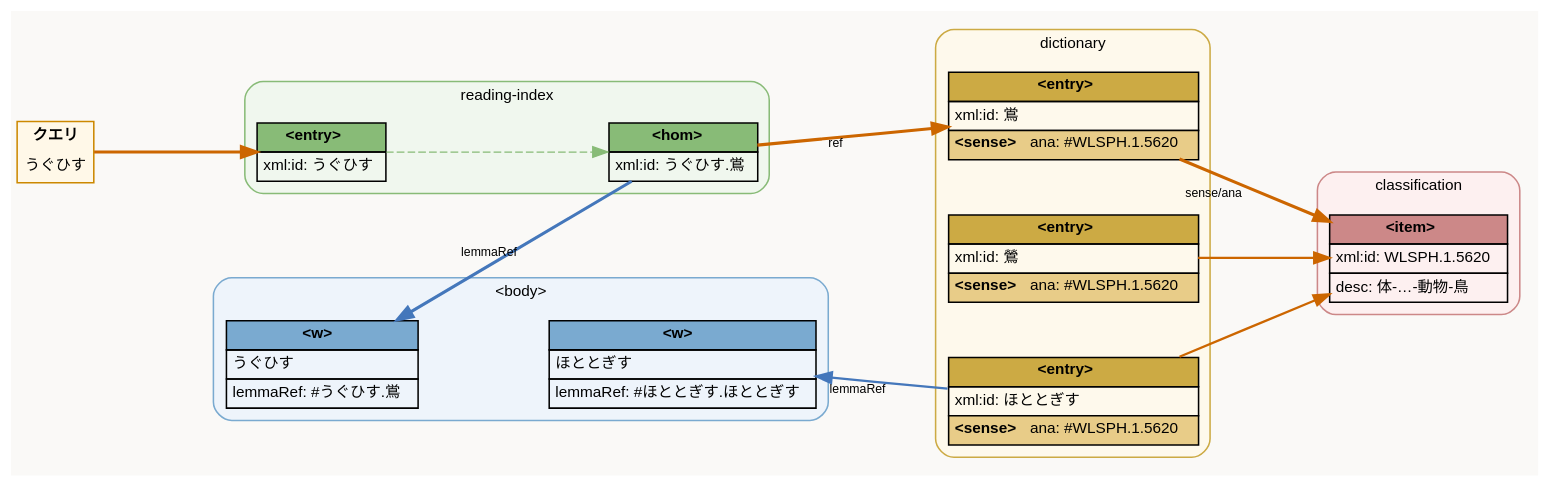
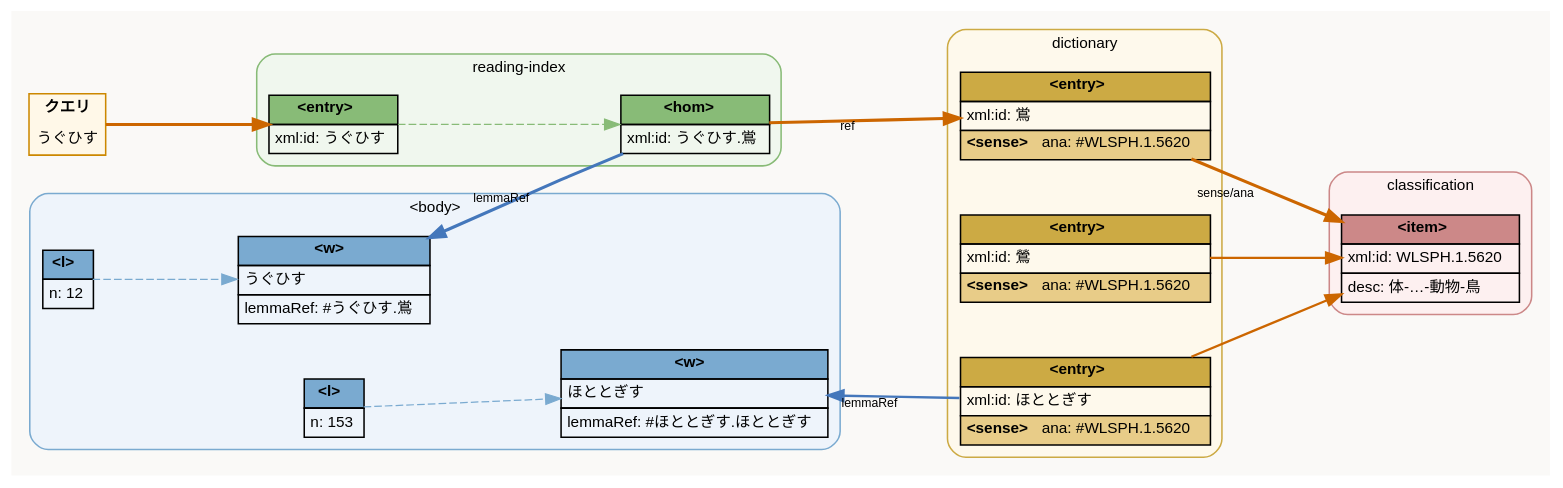
Before and after one commit to idiig/kokin-tei-merge: the diagram in docs/search-ex1.dot, drawn with Graphviz. The commit also changed 1 other file, not shown here.

```diff
--- a/docs/search-ex1.dot
+++ b/docs/search-ex1.dot
@@ -1,116 +1,129 @@
 digraph search_uguisu {
   graph [
     rankdir=LR
     fontname="Helvetica"
     bgcolor="#faf9f7"
     splines=polyline
     nodesep=0.5
     ranksep=1.2
     newrank=true
   ]
   node [fontname="Helvetica" fontsize=10 shape=plain]
   edge [fontname="Helvetica" fontsize=8 color="#aaaaaa" penwidth=0.8]
 
   /* ── query input ── */
   query [label=<<TABLE BORDER="1" CELLBORDER="0" CELLSPACING="0" CELLPADDING="4" BGCOLOR="#fff8e8" COLOR="#cc8800">
     <TR><TD><B>クエリ</B></TD></TR>
     <TR><TD>うぐひす</TD></TR>
   </TABLE>>]
 
   /* ── reading-index ── */
   subgraph cluster_ri {
     label="reading-index"
     style="filled,rounded"
     fillcolor="#f0f7ee"
     color="#88bb77"
     fontname="Helvetica"
     fontsize=10
 
     ri_e [label=<<TABLE BORDER="0" CELLBORDER="1" CELLSPACING="0" CELLPADDING="3">
       <TR><TD BGCOLOR="#88bb77"><B>&lt;entry&gt;</B></TD></TR>
       <TR><TD ALIGN="LEFT">xml:id: うぐひす</TD></TR>
     </TABLE>>]
 
     hom1 [label=<<TABLE BORDER="0" CELLBORDER="1" CELLSPACING="0" CELLPADDING="3">
       <TR><TD BGCOLOR="#88bb77"><B>&lt;hom&gt;</B></TD></TR>
       <TR><TD ALIGN="LEFT">xml:id: うぐひす.鴬</TD></TR>
     </TABLE>>]
 
     ri_e -> hom1 [style=dashed color="#88bb77"]
   }
 
   /* ── dictionary ── */
   subgraph cluster_dict {
     label="dictionary"
     style="filled,rounded"
     fillcolor="#fef9ec"
     color="#ccaa44"
     fontname="Helvetica"
     fontsize=10
 
     e1 [label=<<TABLE BORDER="0" CELLBORDER="1" CELLSPACING="0" CELLPADDING="3">
       <TR><TD BGCOLOR="#ccaa44"><B>&lt;entry&gt;</B></TD></TR>
       <TR><TD ALIGN="LEFT">xml:id: 鴬</TD></TR>
       <TR><TD BGCOLOR="#e8cc88" ALIGN="LEFT"><B>&lt;sense&gt;</B> ana: #WLSPH.1.5620</TD></TR>
     </TABLE>>]
 
     e2 [label=<<TABLE BORDER="0" CELLBORDER="1" CELLSPACING="0" CELLPADDING="3">
       <TR><TD BGCOLOR="#ccaa44"><B>&lt;entry&gt;</B></TD></TR>
       <TR><TD ALIGN="LEFT">xml:id: 鶯</TD></TR>
       <TR><TD BGCOLOR="#e8cc88" ALIGN="LEFT"><B>&lt;sense&gt;</B> ana: #WLSPH.1.5620</TD></TR>
     </TABLE>>]
 
     e3 [label=<<TABLE BORDER="0" CELLBORDER="1" CELLSPACING="0" CELLPADDING="3">
       <TR><TD BGCOLOR="#ccaa44"><B>&lt;entry&gt;</B></TD></TR>
       <TR><TD ALIGN="LEFT">xml:id: ほととぎす</TD></TR>
       <TR><TD BGCOLOR="#e8cc88" ALIGN="LEFT"><B>&lt;sense&gt;</B> ana: #WLSPH.1.5620</TD></TR>
     </TABLE>>]
   }
 
   /* ── classification ── */
   subgraph cluster_cls {
     label="classification"
     style="filled,rounded"
     fillcolor="#fdf0f0"
     color="#cc8888"
     fontname="Helvetica"
     fontsize=10
 
     wlsph [label=<<TABLE BORDER="0" CELLBORDER="1" CELLSPACING="0" CELLPADDING="3">
       <TR><TD BGCOLOR="#cc8888"><B>&lt;item&gt;</B></TD></TR>
       <TR><TD ALIGN="LEFT">xml:id: WLSPH.1.5620</TD></TR>
       <TR><TD ALIGN="LEFT">desc: 体-…-動物-鳥</TD></TR>
     </TABLE>>]
   }
 
   /* ── body ── */
   subgraph cluster_body {
     label="&lt;body&gt;"
     style="filled,rounded"
     fillcolor="#eef4fb"
     color="#7aaad0"
     fontname="Helvetica"
     fontsize=10
 
+    l1 [label=<<TABLE BORDER="0" CELLBORDER="1" CELLSPACING="0" CELLPADDING="3">
+      <TR><TD BGCOLOR="#7aaad0"><B>&lt;l&gt;</B></TD></TR>
+      <TR><TD ALIGN="LEFT">n: 12</TD></TR>
+    </TABLE>>]
+
     w1 [label=<<TABLE BORDER="0" CELLBORDER="1" CELLSPACING="0" CELLPADDING="3">
       <TR><TD BGCOLOR="#7aaad0"><B>&lt;w&gt;</B></TD></TR>
       <TR><TD ALIGN="LEFT">うぐひす</TD></TR>
       <TR><TD ALIGN="LEFT">lemmaRef: #うぐひす.鴬</TD></TR>
+    </TABLE>>]
+
+    l2 [label=<<TABLE BORDER="0" CELLBORDER="1" CELLSPACING="0" CELLPADDING="3">
+      <TR><TD BGCOLOR="#7aaad0"><B>&lt;l&gt;</B></TD></TR>
+      <TR><TD ALIGN="LEFT">n: 153</TD></TR>
     </TABLE>>]
 
     w2 [label=<<TABLE BORDER="0" CELLBORDER="1" CELLSPACING="0" CELLPADDING="3">
       <TR><TD BGCOLOR="#7aaad0"><B>&lt;w&gt;</B></TD></TR>
       <TR><TD ALIGN="LEFT">ほととぎす</TD></TR>
       <TR><TD ALIGN="LEFT">lemmaRef: #ほととぎす.ほととぎす</TD></TR>
     </TABLE>>]
+
+    l1 -> w1 [style=dashed color="#7aaad0"]
+    l2 -> w2 [style=dashed color="#7aaad0"]
   }
 
   /* ── search path (highlighted) ── */
   query -> ri_e    [style=bold penwidth=2 color="#cc6600"]
   hom1  -> e1      [xlabel="ref"      style=bold penwidth=2 color="#cc6600"]
   e1    -> wlsph   [xlabel="sense/ana" style=bold penwidth=2 color="#cc6600"]
   e2    -> wlsph   [style=bold penwidth=1.5 color="#cc6600"]
   e3    -> wlsph   [style=bold penwidth=1.5 color="#cc6600"]
   w1    -> hom1    [xlabel="lemmaRef" style=bold penwidth=2 color="#4477bb" dir=back]
   w2    -> e3      [xlabel="lemmaRef" style=bold penwidth=1.5 color="#4477bb" dir=back]
 }
```
